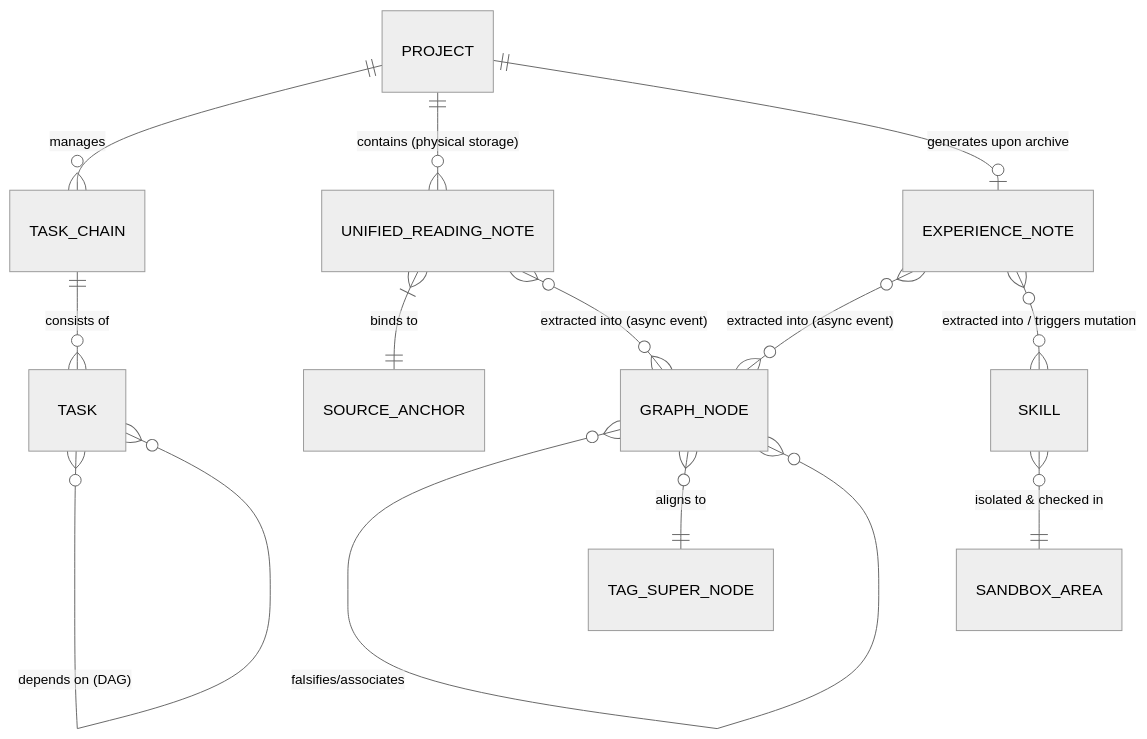
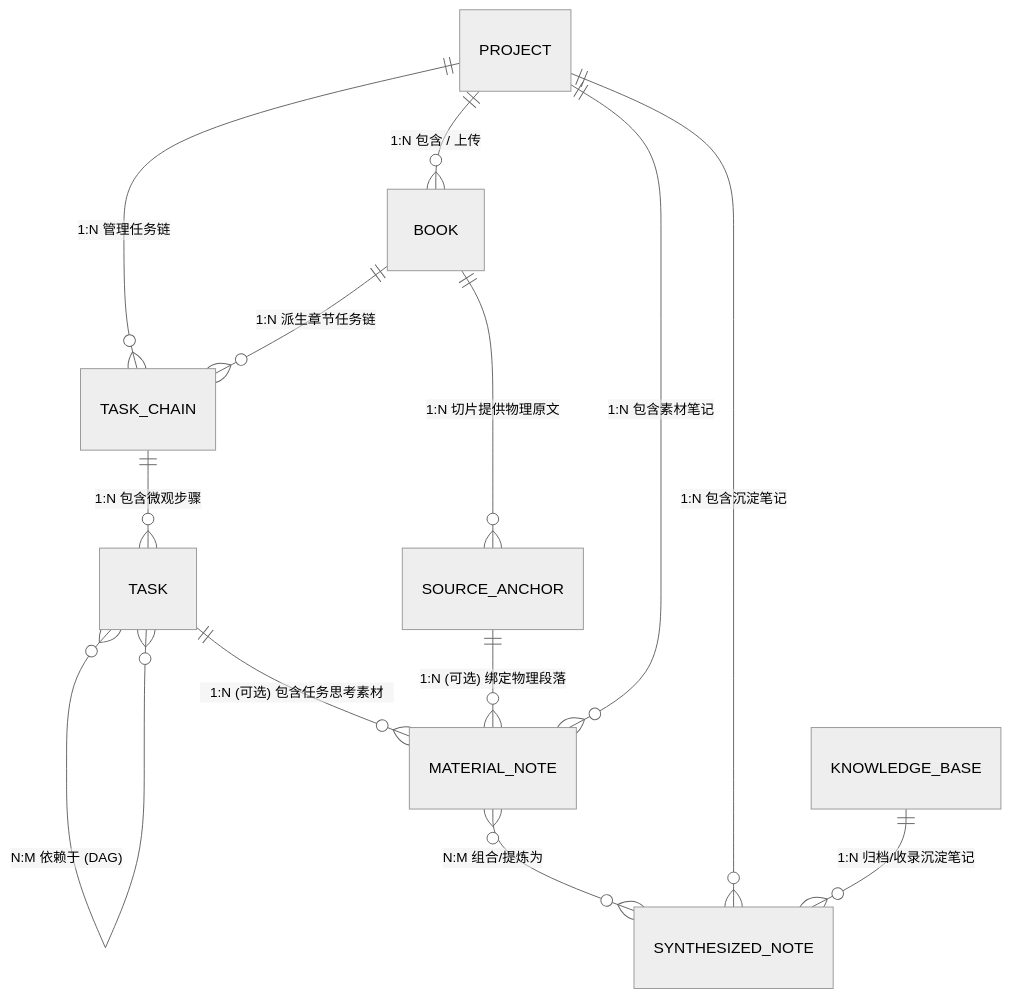
One commit to shanglihong/i-have-a-plan changed the first of 2 diagrams in docs/03_business_modeling/business_model.md. Above: the diagram before and after it, drawn with Mermaid (neutral theme). The commit also changed other lines of this file and 1 other file, not shown here.

````diff
--- a/docs/03_business_modeling/business_model.md
+++ b/docs/03_business_modeling/business_model.md
@@ -99,23 +103,20 @@
 ```mermaid
 erDiagram
-    %% 项目与任务领域 (Project & Task Domain)
-    PROJECT ||--o{ TASK_CHAIN : "manages"
-    TASK_CHAIN ||--o{ TASK : "consists of"
-    TASK }o--o{ TASK : "depends on (DAG)"
+    %% 1. 项目与任务主领域 (Project & Task Main Domain)
+    PROJECT ||--o{ BOOK : "1:N 包含 / 上传"
+    PROJECT ||--o{ TASK_CHAIN : "1:N 管理任务链"
+    BOOK ||--o{ TASK_CHAIN : "1:N 派生章节任务链"
+    TASK_CHAIN ||--o{ TASK : "1:N 包含微观步骤"
+    TASK }o--o{ TASK : "N:M 依赖于 (DAG)"
 
-    %% 独立笔记领域 (Note Domain)
-    PROJECT ||--o{ UNIFIED_READING_NOTE : "contains (physical storage)"
-    PROJECT ||--o| EXPERIENCE_NOTE : "generates upon archive"
-    UNIFIED_READING_NOTE }|--|| SOURCE_ANCHOR : "binds to"
+    %% 2. 物理源文档与锚点领域 (Source Document Domain)
+    BOOK ||--o{ SOURCE_ANCHOR : "1:N 切片提供物理原文"
 
-    %% 知识图谱领域 (Graph Domain)
-    UNIFIED_READING_NOTE }o--o{ GRAPH_NODE : "extracted into (async event)"
-    EXPERIENCE_NOTE }o--o{ GRAPH_NODE : "extracted into (async event)"
-    GRAPH_NODE }o--o{ GRAPH_NODE : "falsifies/associates"
-    GRAPH_NODE }o--|| TAG_SUPER_NODE : "aligns to"
-
-    %% 技能提炼领域 (Skill Domain)
-    EXPERIENCE_NOTE }o--o{ SKILL : "extracted into / triggers mutation"
-    SKILL }o--|| SANDBOX_AREA : "isolated & checked in"
-    %% 注：Skill与Task在应用层运行时通过大模型编排调用，底层DB无强外键
+    %% 3. 通用双轨笔记与知识库领域 (Note & Knowledge Vault Domain)
+    TASK ||--o{ MATERIAL_NOTE : "1:N (可选) 包含任务思考素材"
+    SOURCE_ANCHOR ||--o{ MATERIAL_NOTE : "1:N (可选) 绑定物理段落"
+    MATERIAL_NOTE }o--o{ SYNTHESIZED_NOTE : "N:M 组合/提炼为"
+    PROJECT ||--o{ MATERIAL_NOTE : "1:N 包含素材笔记"
+    PROJECT ||--o{ SYNTHESIZED_NOTE : "1:N 包含沉淀笔记"
+    KNOWLEDGE_BASE ||--o{ SYNTHESIZED_NOTE : "1:N 归档/收录沉淀笔记"
 ```
````
